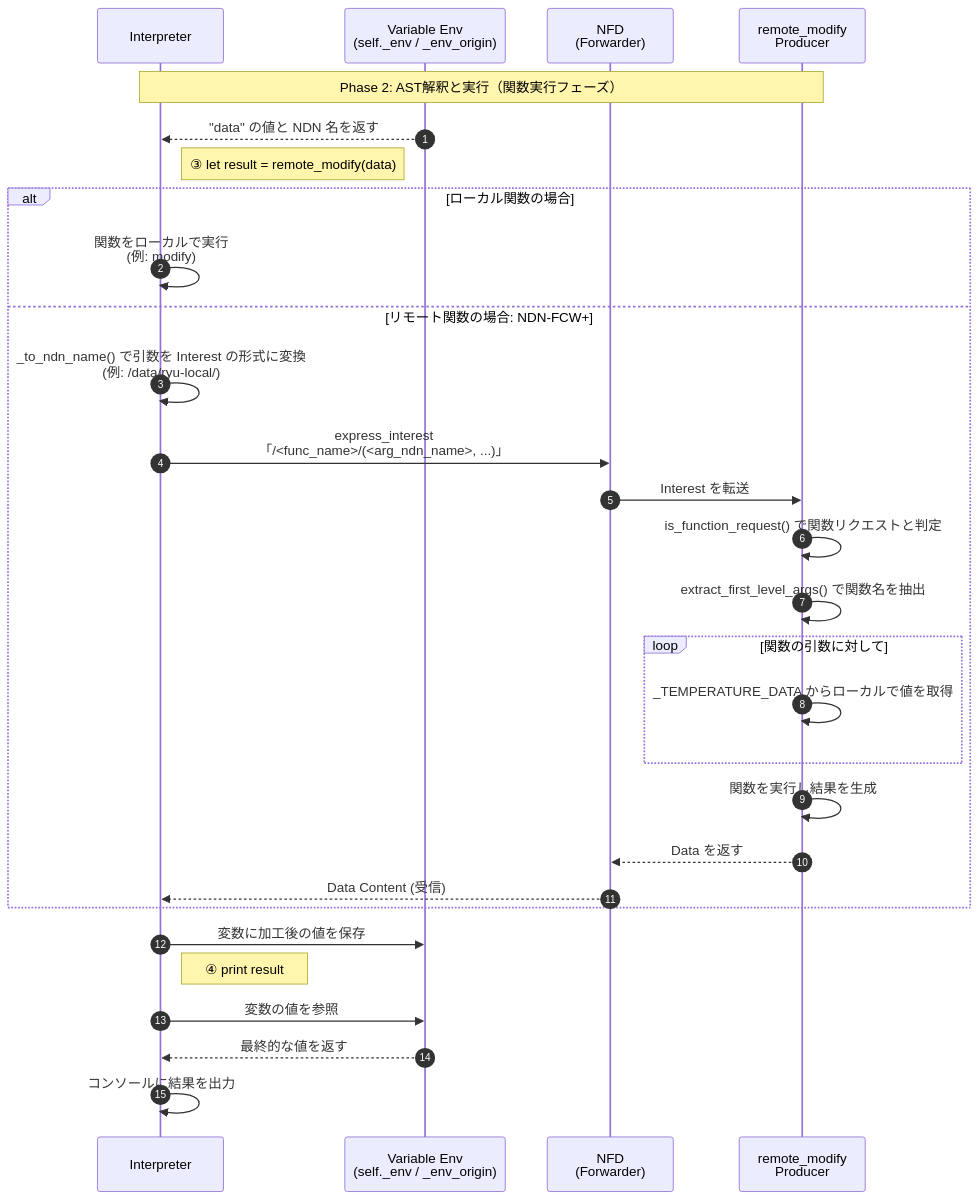
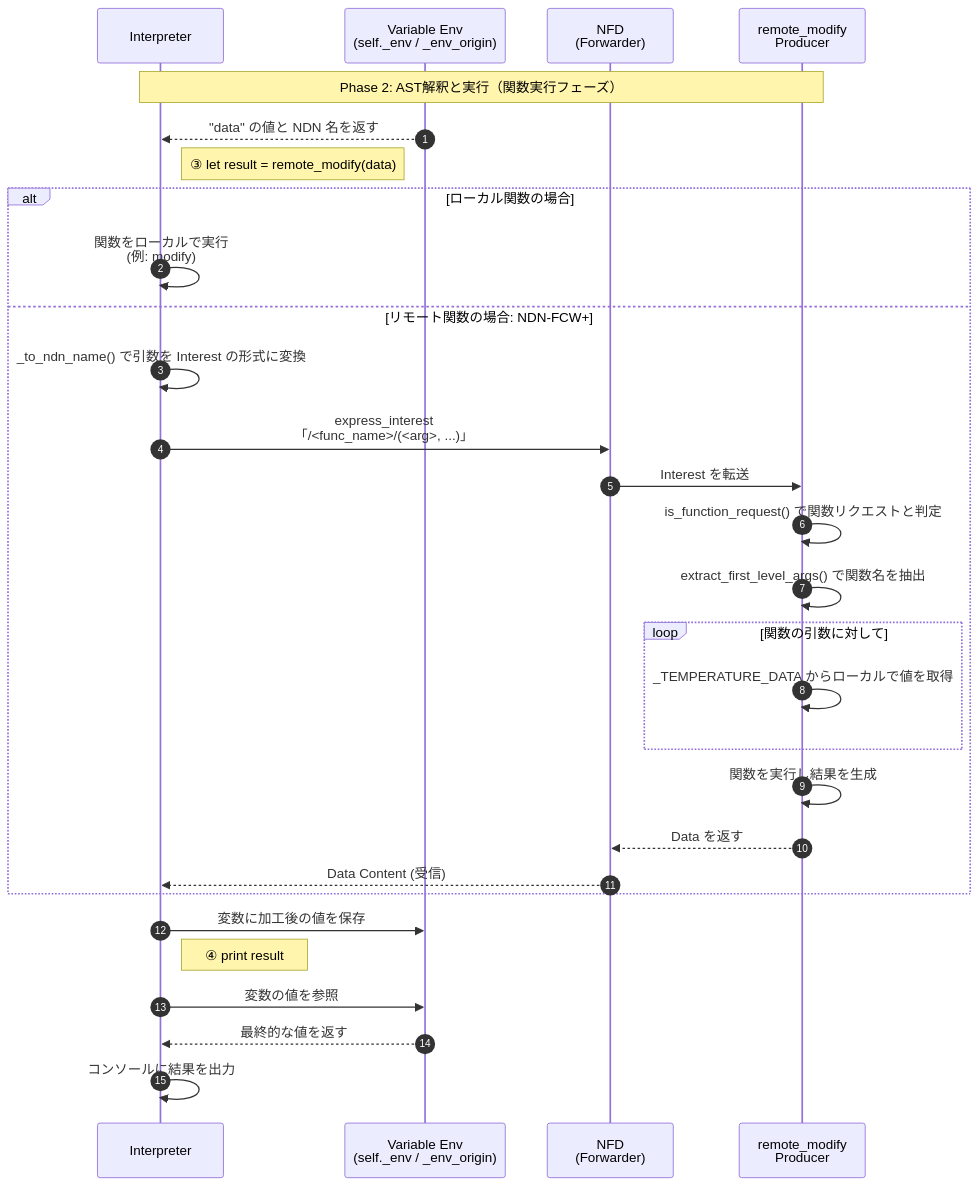
Before and after one commit to tryuuu/ndn-interpreter: the diagram in flow_func.mmd, drawn with Mermaid.

```diff
--- a/flow_func.mmd
+++ b/flow_func.mmd
@@ -1,34 +1,34 @@
 sequenceDiagram
     autonumber
     participant Interpreter as Interpreter
     participant Env as Variable Env<br/>(self._env / _env_origin)
     participant NFD as NFD<br/>(Forwarder)
     participant RemoteModify as remote_modify<br/>Producer
 
     Note over Interpreter, RemoteModify: Phase 2: AST解釈と実行（関数実行フェーズ）
 
     Env-->>Interpreter: "data" の値と NDN 名を返す
     Note right of Interpreter: ③ let result = remote_modify(data)
 
     alt ローカル関数の場合
         Interpreter->>Interpreter: 関数をローカルで実行<br/>(例: modify)
     else リモート関数の場合: NDN-FCW+
-        Interpreter->>Interpreter: _to_ndn_name() で引数を Interest の形式に変換<br/>(例: /data/ryu-local/)
-        Interpreter->>NFD: express_interest<br/>「/<func_name>/(<arg_ndn_name>, ...)」
+        Interpreter->>Interpreter: _to_ndn_name() で引数を Interest の形式に変換
+        Interpreter->>NFD: express_interest<br/>「/<func_name>/(<arg>, ...)」
         NFD->>RemoteModify: Interest を転送
         RemoteModify->>RemoteModify: is_function_request() で関数リクエストと判定
         RemoteModify->>RemoteModify: extract_first_level_args() で関数名を抽出
         loop 関数の引数に対して
             RemoteModify->>RemoteModify: _TEMPERATURE_DATA からローカルで値を取得
         end
         RemoteModify->>RemoteModify: 関数を実行し結果を生成
         RemoteModify-->>NFD: Data を返す
         NFD-->>Interpreter: Data Content (受信)
     end
 
     Interpreter->>Env: 変数に加工後の値を保存
 
     Note right of Interpreter: ④ print result
     Interpreter->>Env: 変数の値を参照
     Env-->>Interpreter: 最終的な値を返す
     Interpreter->>Interpreter: コンソールに結果を出力
```
